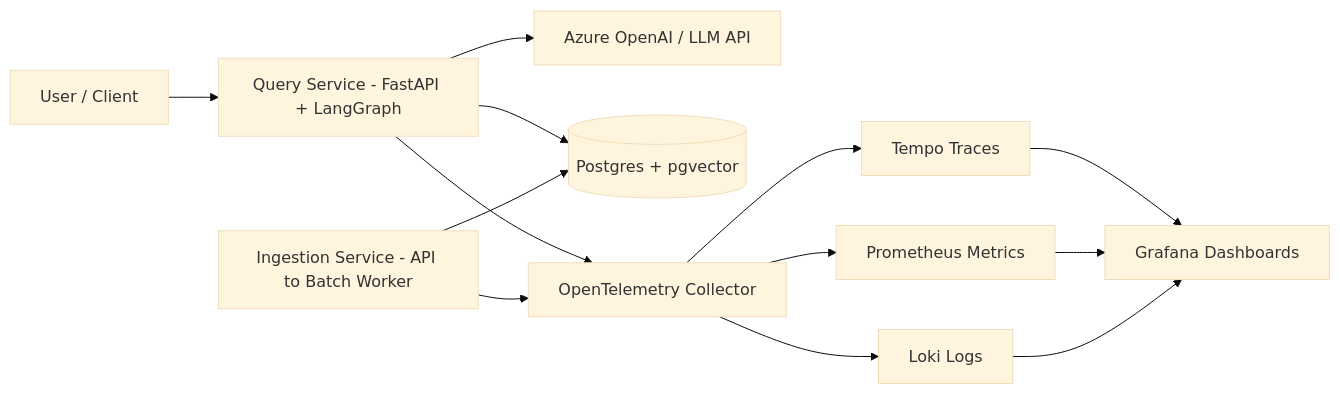
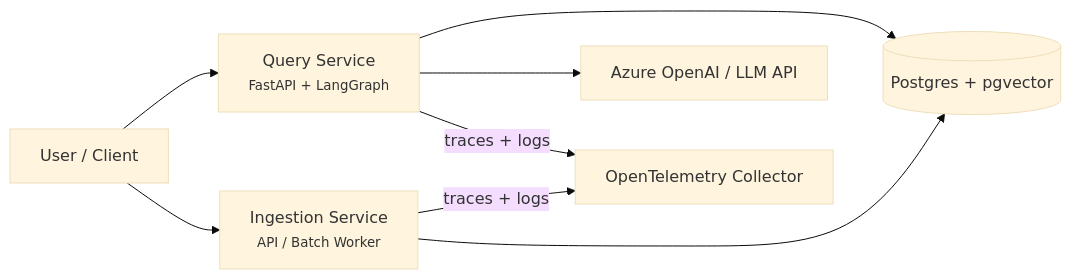
One commit to jsandino/production-rag-system changed the first of 2 diagrams in README.md. Above: the diagram before and after it, drawn with Mermaid (base theme). The commit also changed other lines of this file and 1 other file, not shown here.

First line of the commit message:
docs(otel): clarify observability data flow descriptions

````diff
--- a/README.md
+++ b/README.md
@@ -109,32 +33,20 @@
 ```mermaid
 flowchart LR
 
 User[User / Client]
-
-QueryService[Query Service - FastAPI + LangGraph]
-IngestService[Ingestion Service - API to Batch Worker]
-
+IngestService["Ingestion Service<br/><small>API / Batch Worker</small>"]
+QueryService["Query Service<br/><small>FastAPI + LangGraph</small>"]
 LLM[Azure OpenAI / LLM API]
 Postgres[(Postgres + pgvector)]
-
 OTEL[OpenTelemetry Collector]
-Tempo[Tempo Traces]
-Prometheus[Prometheus Metrics]
-Loki[Loki Logs]
-Grafana[Grafana Dashboards]
 
 User --> QueryService
+User --> IngestService
 QueryService --> Postgres
+IngestService -->|traces + logs| OTEL
 IngestService --> Postgres
 QueryService --> LLM
+QueryService -->|traces + logs| OTEL
 
-QueryService --> OTEL
-IngestService --> OTEL
-
-OTEL --> Tempo
-OTEL --> Prometheus
-OTEL --> Loki
-Tempo --> Grafana
-Prometheus --> Grafana
-Loki --> Grafana
+LLM ~~~ Postgres
 ```
````
